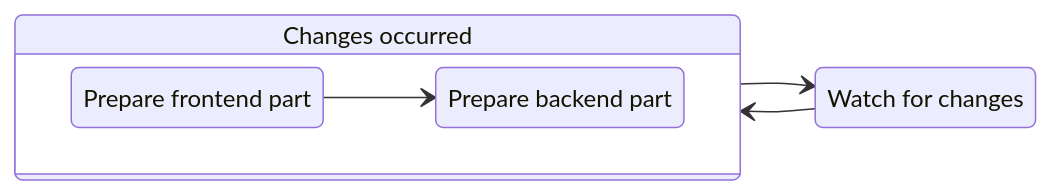
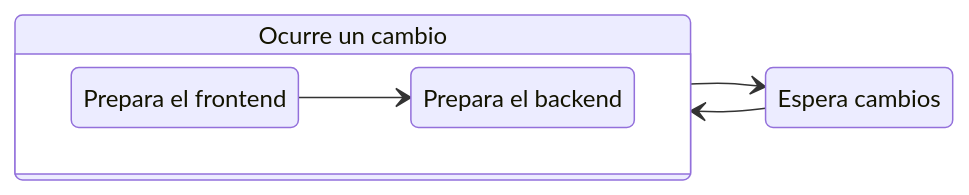
One commit to gowebly/docs changed the diagram in docs/es/complete-user-guide/run-your-project.md. Above: the diagram before and after it, drawn with Mermaid. The commit also changed other lines of this file and 14 other files, not shown here.

````diff
--- a/docs/es/complete-user-guide/run-your-project.md
+++ b/docs/es/complete-user-guide/run-your-project.md
@@ -37,14 +37,14 @@
 ```mermaid
 stateDiagram-v2
-    Backend: Prepare backend part
-    Frontend: Prepare frontend part
-    Watch: Watch for changes
-    Changes: Changes occurred
+    Backend: Prepara el backend
+    Frontend: Prepara el frontend
+    Watch: Espera cambios
+    Changes: Ocurre un cambio
     direction LR
     Watch --> Changes
     state Changes {
       direction LR
       Frontend --> Backend
     }
     Changes --> Watch
 ```
````
